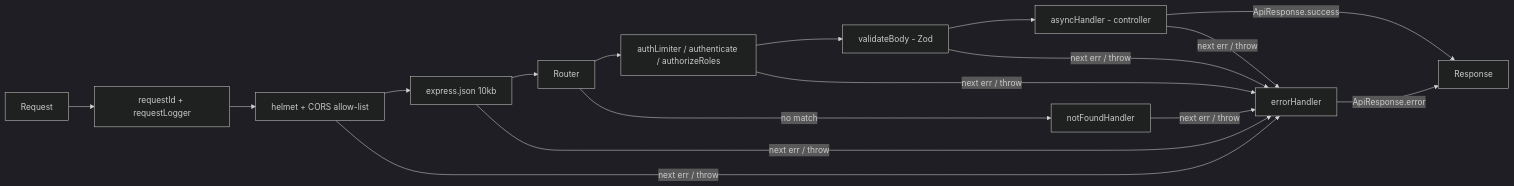
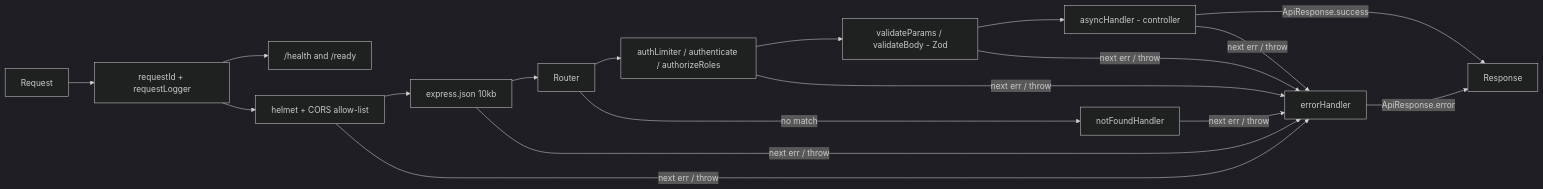
Before and after one commit to OdeToTheWind/restful-api-design-patterns: the diagram in docs/architecture/system_design.md, drawn with Mermaid (dark theme). The commit also changed other lines of this file and 7 other files, not shown here.

````diff
--- a/docs/architecture/system_design.md
+++ b/docs/architecture/system_design.md
@@ -80,14 +80,15 @@
 ```mermaid
 flowchart LR
   A[Request] --> Q[requestId + requestLogger]
+  Q --> H["/health and /ready"]
   Q --> B[helmet + CORS allow-list]
   B --> C[express.json 10kb]
   C --> D[Router]
   D --> E[authLimiter / authenticate / authorizeRoles]
-  E --> F[validateBody - Zod]
+  E --> F[validateParams / validateBody - Zod]
   F --> G[asyncHandler - controller]
   G -->|ApiResponse.success| R[Response]
   D -->|no match| N[notFoundHandler]
   B & C & E & F & G & N -->|next err / throw| X[errorHandler]
   X -->|ApiResponse.error| R
 ```
````
